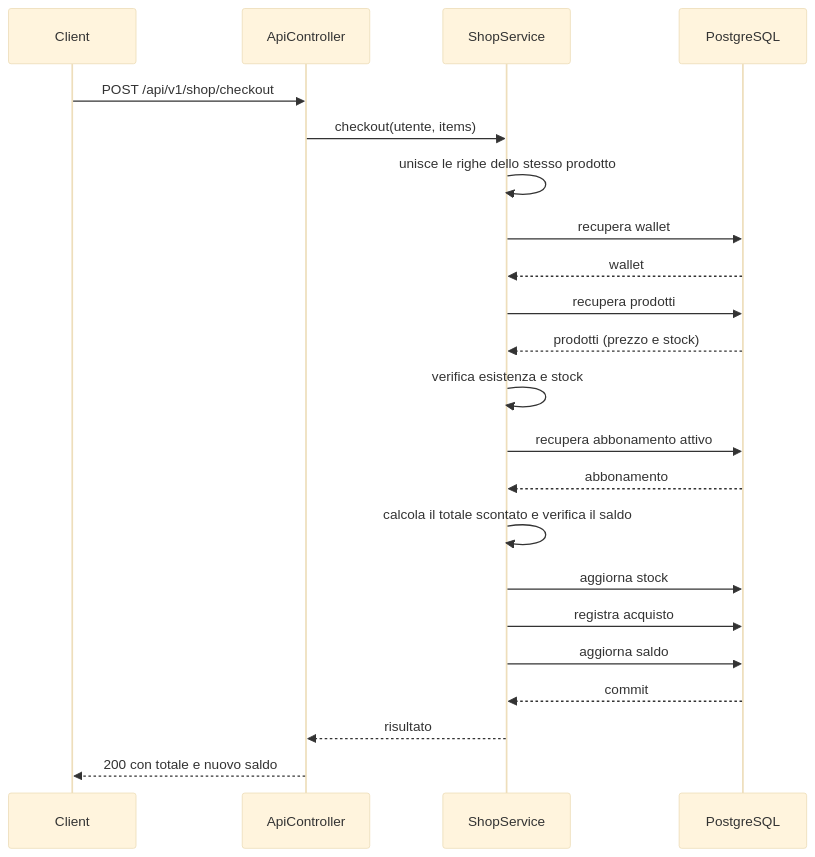
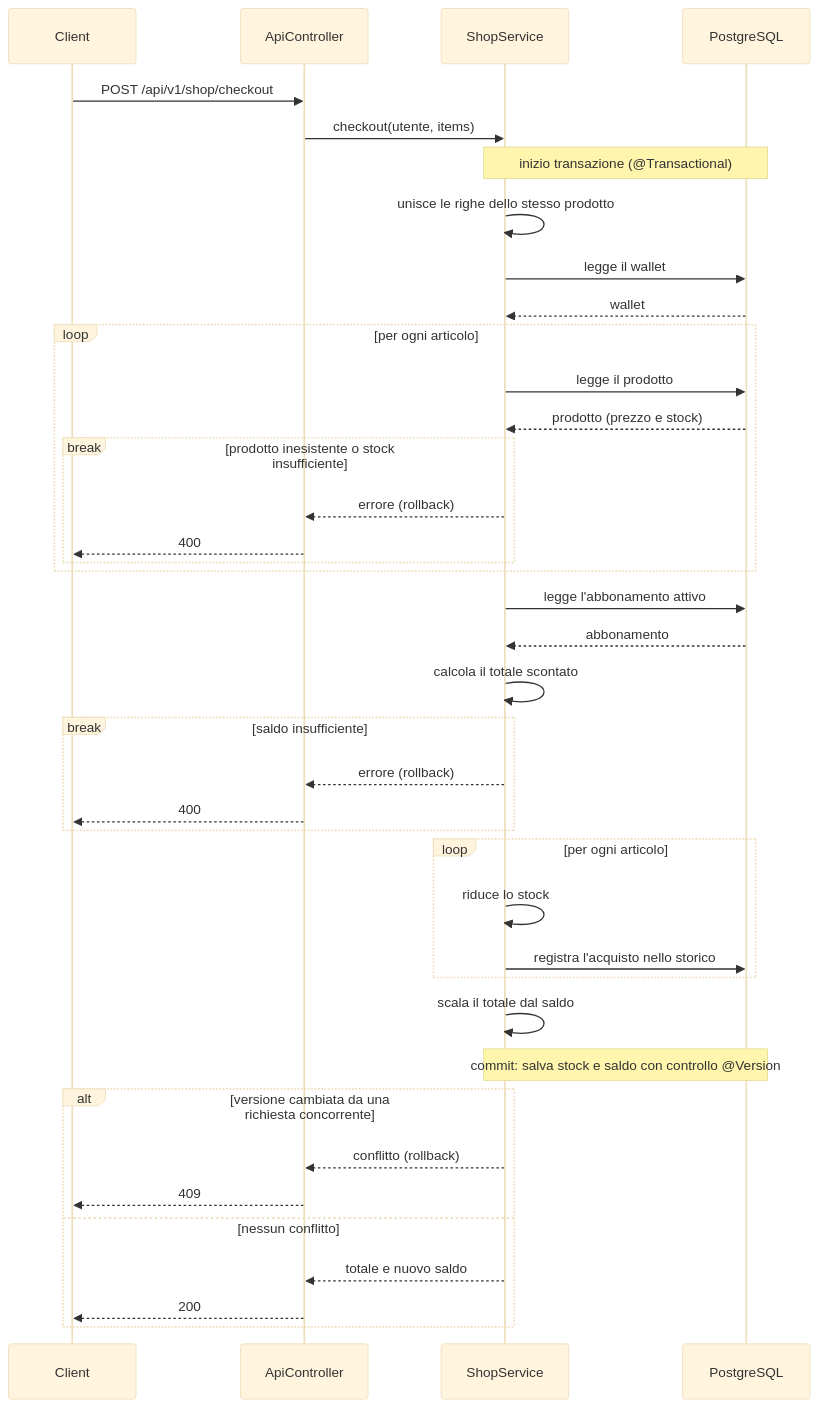
Before and after one commit to giorgiapenn/ArteVia: the fourth of 4 diagrams in README.md, drawn with Mermaid (base theme). The commit also changed other lines of this file, not shown here.

````diff
--- a/README.md
+++ b/README.md
@@ -505,25 +502,42 @@
 ```mermaid
 sequenceDiagram
     participant U as Client
     participant API as ApiController
     participant S as ShopService
     participant DB as PostgreSQL
 
     U->>API: POST /api/v1/shop/checkout
     API->>S: checkout(utente, items)
+    Note over S,DB: inizio transazione (@Transactional)
     S->>S: unisce le righe dello stesso prodotto
-    S->>DB: recupera wallet
+    S->>DB: legge il wallet
     DB-->>S: wallet
-    S->>DB: recupera prodotti
-    DB-->>S: prodotti (prezzo e stock)
-    S->>S: verifica esistenza e stock
-    S->>DB: recupera abbonamento attivo
+    loop per ogni articolo
+        S->>DB: legge il prodotto
+        DB-->>S: prodotto (prezzo e stock)
+        break prodotto inesistente o stock insufficiente
+            S-->>API: errore (rollback)
+            API-->>U: 400
+        end
+    end
+    S->>DB: legge l'abbonamento attivo
     DB-->>S: abbonamento
-    S->>S: calcola il totale scontato e verifica il saldo
-    S->>DB: aggiorna stock
-    S->>DB: registra acquisto
-    S->>DB: aggiorna saldo
-    DB-->>S: commit
-    S-->>API: risultato
-    API-->>U: 200 con totale e nuovo saldo
+    S->>S: calcola il totale scontato
+    break saldo insufficiente
+        S-->>API: errore (rollback)
+        API-->>U: 400
+    end
+    loop per ogni articolo
+        S->>S: riduce lo stock
+        S->>DB: registra l'acquisto nello storico
+    end
+    S->>S: scala il totale dal saldo
+    Note over S,DB: commit: salva stock e saldo con controllo @Version
+    alt versione cambiata da una richiesta concorrente
+        S-->>API: conflitto (rollback)
+        API-->>U: 409
+    else nessun conflitto
+        S-->>API: totale e nuovo saldo
+        API-->>U: 200
+    end
 ```
````
